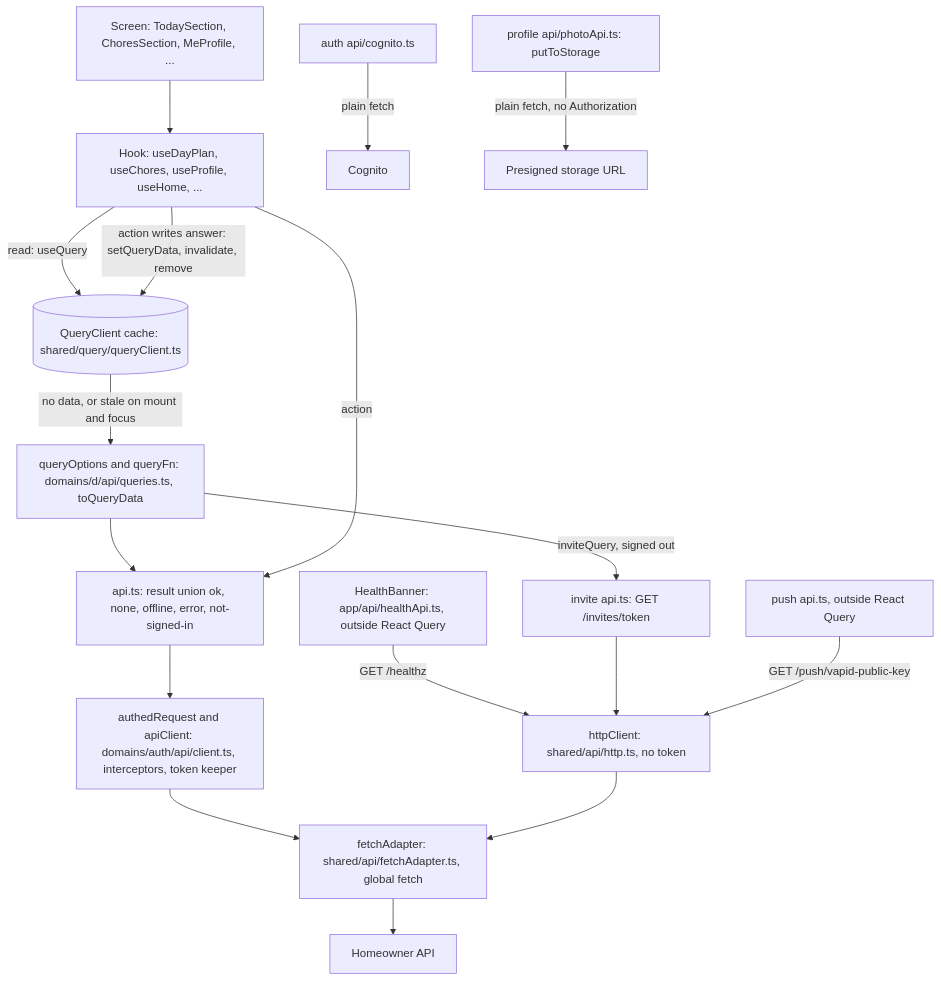
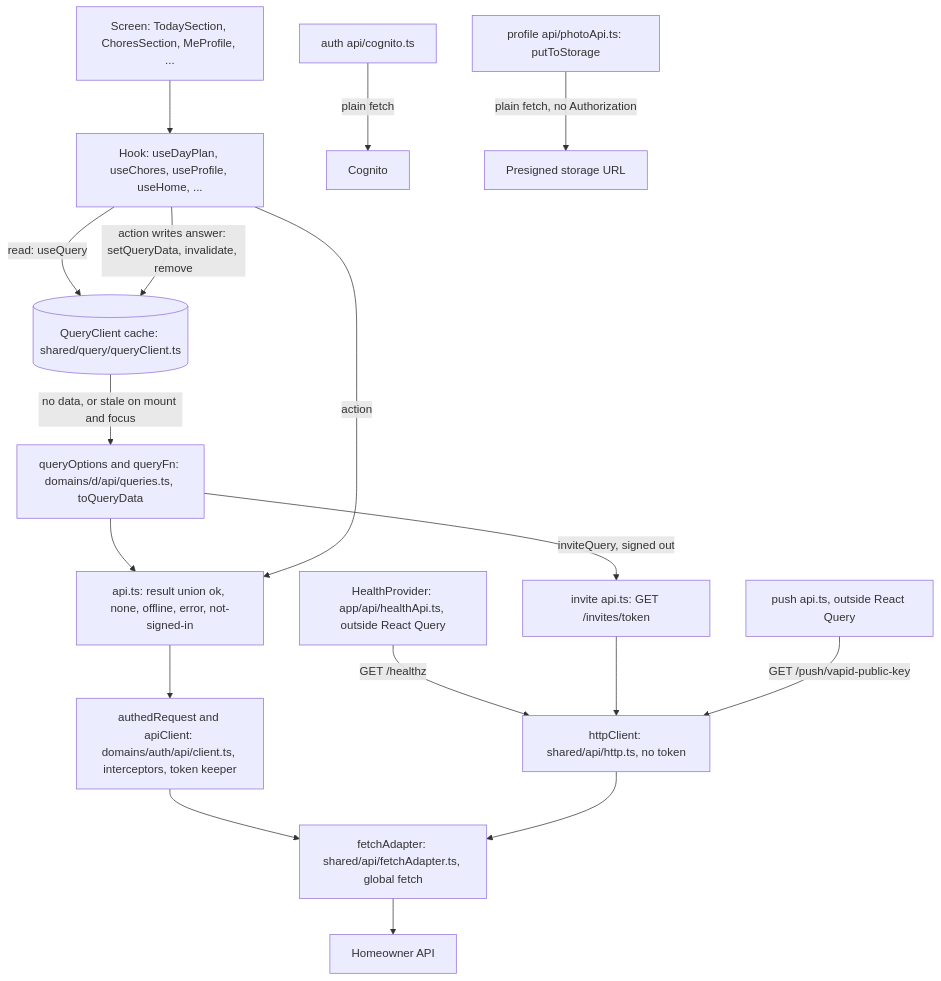
One commit to AbnerWillclefy/Homeowner changed the third of 11 diagrams in docs/architecture/web.md. Above: the diagram before and after it, drawn with Mermaid. The commit also changed other lines of this file, not shown here.

Commit message:
docs(health): describe the single health provider

````diff
--- a/docs/architecture/web.md
+++ b/docs/architecture/web.md
@@ -200,19 +200,19 @@
 ```mermaid
 flowchart TD
     SCREEN["Screen: TodaySection, ChoresSection, MeProfile, ..."] --> HOOK["Hook: useDayPlan, useChores, useProfile, useHome, ..."]
     HOOK -->|"read: useQuery"| CACHE[("QueryClient cache: shared/query/queryClient.ts")]
     CACHE -->|"no data, or stale on mount and focus"| QFN["queryOptions and queryFn: domains/d/api/queries.ts, toQueryData"]
     QFN --> API["api.ts: result union ok, none, offline, error, not-signed-in"]
     HOOK -->|"action"| API
     HOOK -->|"action writes answer: setQueryData, invalidate, remove"| CACHE
     API --> AUTHED["authedRequest and apiClient: domains/auth/api/client.ts, interceptors, token keeper"]
     AUTHED --> ADAPTER["fetchAdapter: shared/api/fetchAdapter.ts, global fetch"]
     ADAPTER --> SERVER["Homeowner API"]
-    HEALTH["HealthBanner: app/api/healthApi.ts, outside React Query"] -->|"GET /healthz"| HTTP["httpClient: shared/api/http.ts, no token"]
+    HEALTH["HealthProvider: app/api/healthApi.ts, outside React Query"] -->|"GET /healthz"| HTTP["httpClient: shared/api/http.ts, no token"]
     QFN -->|"inviteQuery, signed out"| INV["invite api.ts: GET /invites/token"]
     INV --> HTTP
     PUSH["push api.ts, outside React Query"] -->|"GET /push/vapid-public-key"| HTTP
     HTTP --> ADAPTER
     COG["auth api/cognito.ts"] -->|"plain fetch"| COGNITO["Cognito"]
     PHOTO["profile api/photoApi.ts: putToStorage"] -->|"plain fetch, no Authorization"| S3["Presigned storage URL"]
 ```
````
